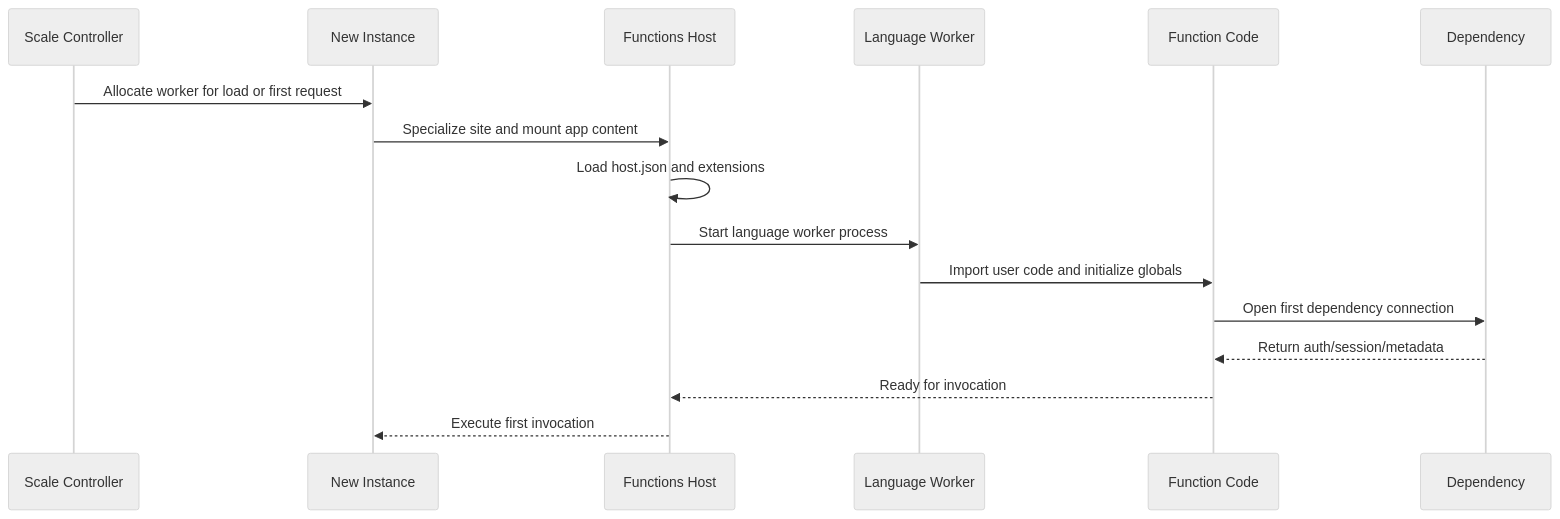
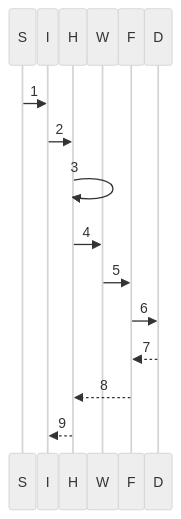
The sixth of 10 diagrams in docs/troubleshooting/architecture-components-reference.md (yeongseon/azure-functions-practical-guide), drawn with Mermaid (neutral theme) before and after one commit. The commit also changed other lines of this file and 1 other file, not shown here.

First line of the commit message:
docs(diagrams): migrate Functions troubleshooting overview — architecture components reference (#452)

````diff
--- a/docs/troubleshooting/architecture-components-reference.md
+++ b/docs/troubleshooting/architecture-components-reference.md
@@ -415,19 +464,22 @@
 ```mermaid
+%%{init: {'sequence': {'actorMargin': 0, 'width': 20, 'diagramMarginX': 0, 'messageMargin': 25}}}%%
 sequenceDiagram
-    participant S as Scale Controller
-    participant I as New Instance
-    participant H as Functions Host
-    participant W as Language Worker
-    participant F as Function Code
-    participant D as Dependency
+    accTitle: Cold start logical startup sequence
+    accDescr: Illustrative out-of-process startup with six roles and nine ordered exchanges, not a measured timeline or a universal hosting protocol. Allocation, site specialization, host configuration, worker startup, code import and first dependency initialization remain distinct.
+    participant S as S
+    participant I as I
+    participant H as H
+    participant W as W
+    participant F as F
+    participant D as D
 
-    S->>I: Allocate worker for load or first request
-    I->>H: Specialize site and mount app content
-    H->>H: Load host.json and extensions
-    H->>W: Start language worker process
-    W->>F: Import user code and initialize globals
-    F->>D: Open first dependency connection
-    D-->>F: Return auth/session/metadata
-    F-->>H: Ready for invocation
-    H-->>I: Execute first invocation
+    S->>I: 1
+    I->>H: 2
+    H->>H: 3
+    H->>W: 4
+    W->>F: 5
+    F->>D: 6
+    D-->>F: 7
+    F-->>H: 8
+    H-->>I: 9
 ```
````
